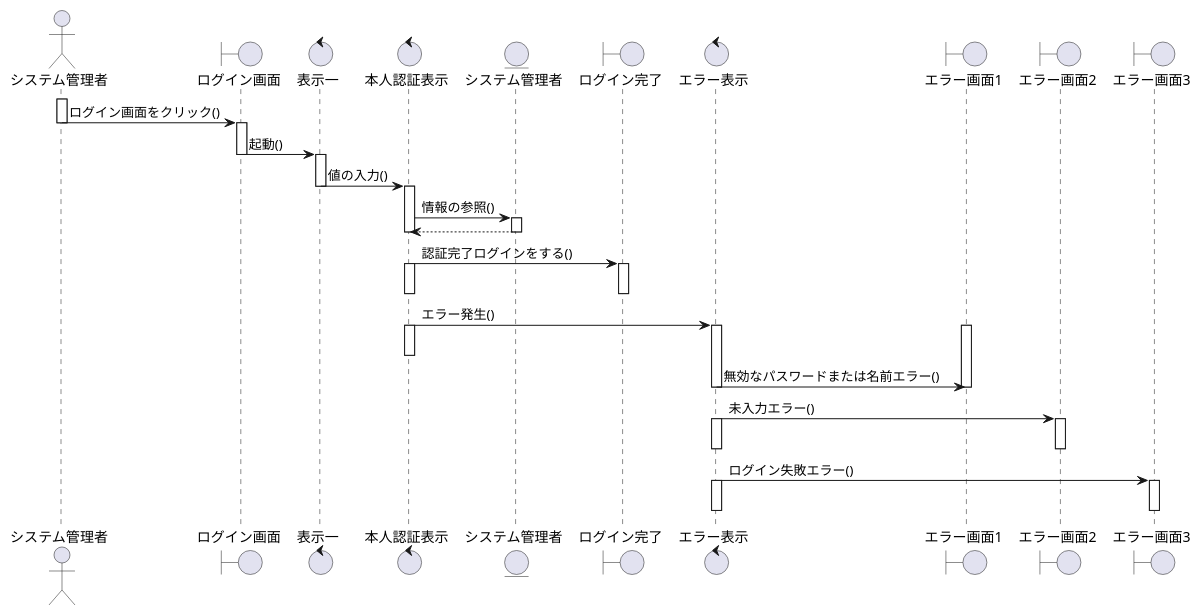
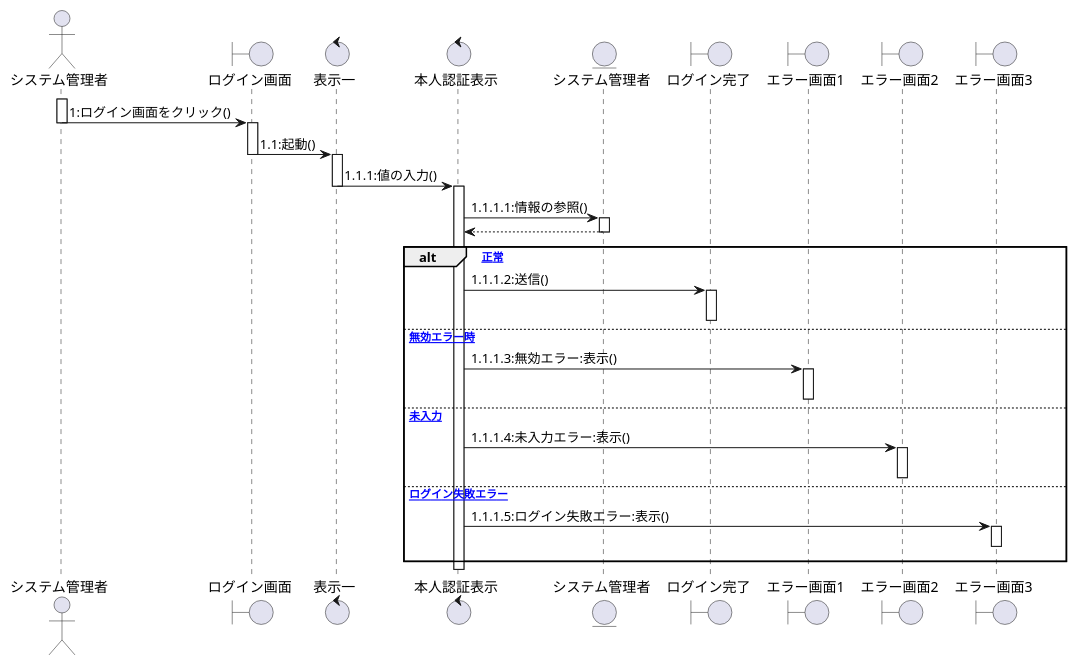
The first of 6 diagrams in System.plantuml (ksw2270227/GroupF), drawn with PlantUML before and after one commit. The commit also changed other lines of this file and 1 other file, not shown here.

```diff
--- a/System.plantuml
+++ b/System.plantuml
@@ -1,51 +1,46 @@
 @startuml シーケンス図 ログイン
 actor システム管理者
 boundary "ログイン画面" as mein
 control "表示一" as display1
 control "本人認証表示" as certification
 entity "システム管理者" as system
 boundary "ログイン完了" as completion
-control "エラー表示" as error
 boundary "エラー画面1" as error1
 boundary "エラー画面2" as error2
 boundary "エラー画面3" as error3
 
 activate システム管理者
-システム管理者 -> mein :ログイン画面をクリック()
+システム管理者 -> mein :1:ログイン画面をクリック()
 deactivate システム管理者
 activate mein
-mein -> display1 :起動()
+mein -> display1 :1.1:起動()
 deactivate mein
 activate display1
-display1 -> certification:値の入力()
+display1 -> certification:1.1.1:値の入力()
 deactivate display1
 activate certification
-certification -> system:情報の参照()
+certification -> system:1.1.1.1:情報の参照()
 activate system
 system --> certification
-deactivate certification
 deactivate system
-certification -> completion:認証完了ログインをする()
-activate certification
+
+alt [正常]
+    certification -> completion :1.1.1.2:送信()
 activate completion
-deactivate certification
 deactivate completion
-certification -> error:エラー発生()
-activate certification
-deactivate certification
-activate error
+else [無効エラー時]
+    certification -> error1 :1.1.1.3:無効エラー:表示()
 activate error1
-error -> error1:無効なパスワードまたは名前エラー()
-deactivate error
 deactivate error1
-error -> error2:未入力エラー()
-activate error
+else [未入力]
+    certification -> error2 :1.1.1.4:未入力エラー:表示()
 activate error2
-deactivate error
 deactivate error2
-error -> error3:ログイン失敗エラー()
-activate error
+else [ログイン失敗エラー]
+    certification -> error3:1.1.1.5:ログイン失敗エラー:表示()
 activate error3
-deactivate error
+error3 -[hidden]-> error3
 deactivate error3
+end
+
 @enduml
```
